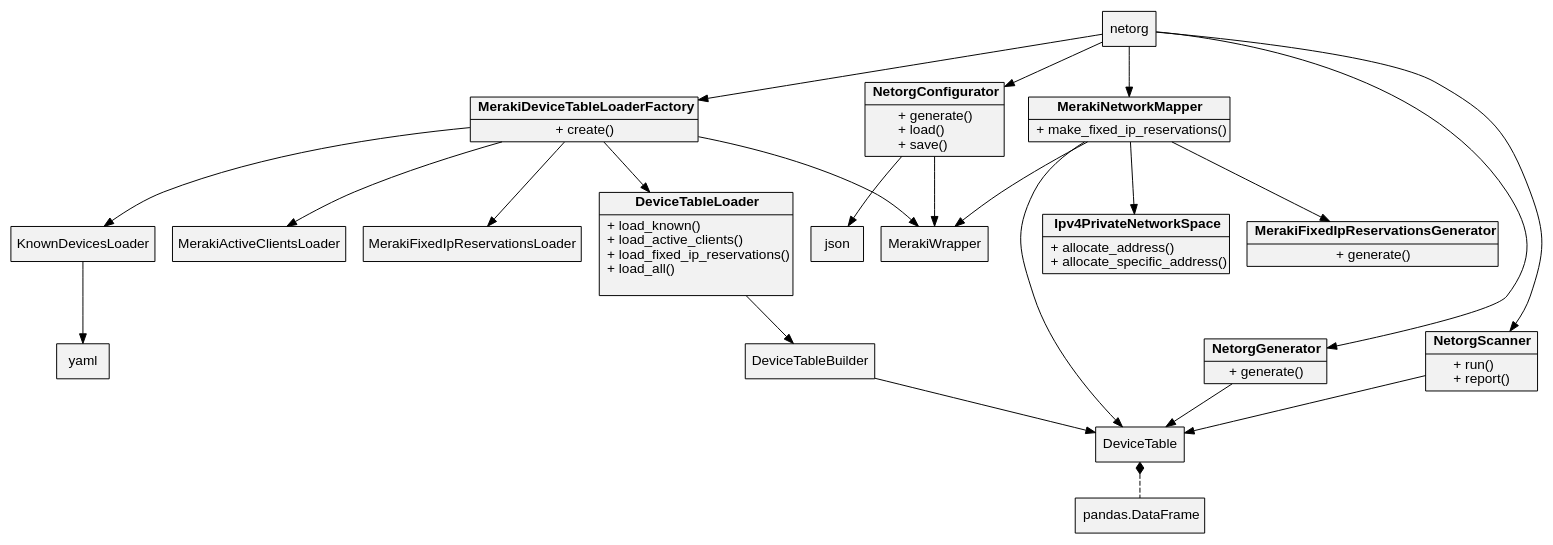
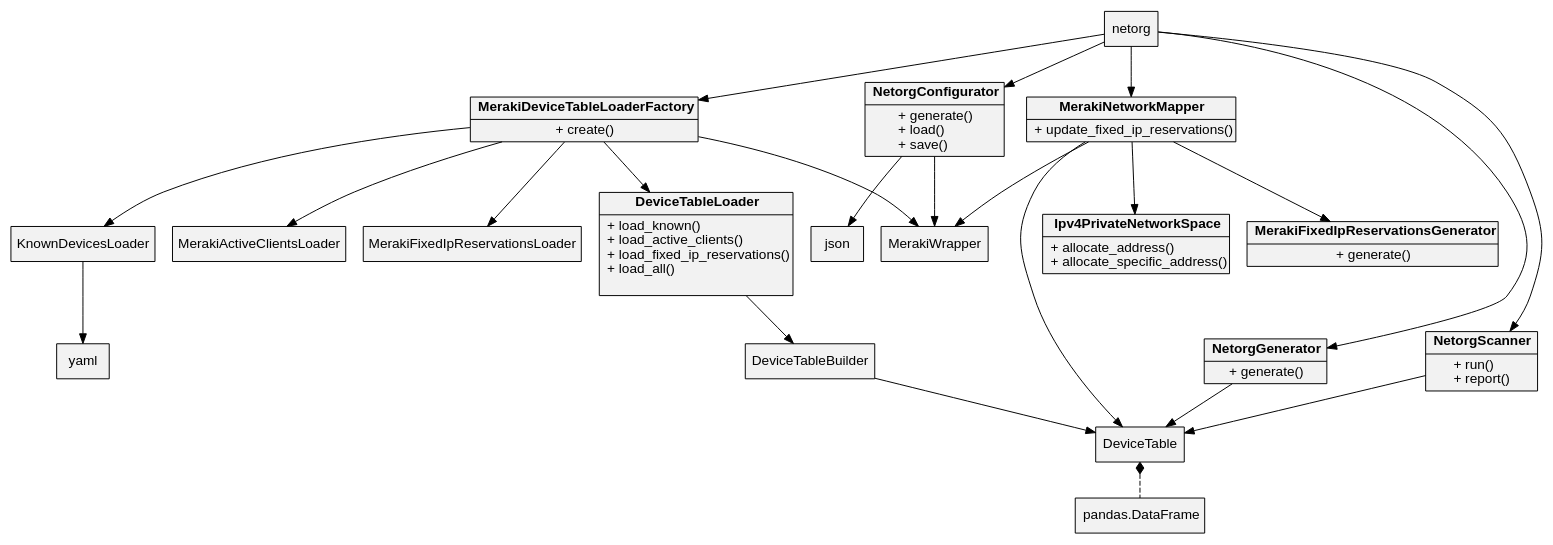
Before and after one commit to jasondchambers/netorganizer: the diagram in netorg.dot, drawn with Graphviz. The commit also changed 3 other files, not shown here.

Commit message:
lint netorgmeraki.py change make_fixed_ip_reservations to update_fixed_ip_reservations

```diff
--- a/netorg.dot
+++ b/netorg.dot
@@ -1,56 +1,56 @@
 digraph netorg_structure {
 
     node [
 		fontname="Helvetica,Arial,sans-serif"
 		shape=record
 		style=filled
 		fillcolor=gray95
 	]
     netorg -> { MerakiDeviceTableLoaderFactory NetorgConfigurator NetorgGenerator NetorgScanner MerakiNetworkMapper }
     MerakiDeviceTableLoaderFactory -> { DeviceTableLoader KnownDevicesLoader MerakiActiveClientsLoader MerakiFixedIpReservationsLoader MerakiWrapper}
     MerakiNetworkMapper -> { DeviceTable Ipv4PrivateNetworkSpace MerakiFixedIpReservationsGenerator MerakiWrapper }
     NetorgConfigurator -> { MerakiWrapper json }
     NetorgGenerator -> { DeviceTable }
     NetorgScanner -> { DeviceTable }
     KnownDevicesLoader -> { yaml }
     DeviceTableLoader -> { DeviceTableBuilder }
     DeviceTableBuilder -> { DeviceTable }
     edge [dir=back arrowtail=diamond style=dashed]
     DeviceTable -> { DataFrame }
 
     MerakiFixedIpReservationsGenerator [
         label = <{<b>MerakiFixedIpReservationsGenerator</b> | + generate()<br align="left"/>}>
     ]
 
     Ipv4PrivateNetworkSpace [
         label = <{<b>Ipv4PrivateNetworkSpace</b> | + allocate_address()<br align="left"/>+ allocate_specific_address()<br align="left"/>}>
     ]
 
     MerakiDeviceTableLoaderFactory [
         label = <{<b>MerakiDeviceTableLoaderFactory</b> | + create()<br align="left"/>}>
     ]
     
     NetorgConfigurator[
         label = <{<b>NetorgConfigurator</b> | + generate()<br align="left"/>+ load()<br align="left"/>+ save()<br align="left"/>}>
     ]
     
     NetorgGenerator[
         label = <{<b>NetorgGenerator</b> | + generate()<br align="left"/>}>
     ]
     
     NetorgScanner[
         label = <{<b>NetorgScanner</b> | + run()<br align="left"/>+ report()<br align="left"/>}>
     ]
     
     MerakiNetworkMapper[
-        label = <{<b>MerakiNetworkMapper</b> | + make_fixed_ip_reservations()<br align="left"/>}>
+        label = <{<b>MerakiNetworkMapper</b> | + update_fixed_ip_reservations()<br align="left"/>}>
     ]
 
     DeviceTableLoader[
         label = <{<b>DeviceTableLoader</b> | + load_known()<br align="left"/>+ load_active_clients()<br align="left"/>+ load_fixed_ip_reservations()<br align="left"/>+ load_all()<br align="left"/>        }>
     ]
     
     DataFrame [
         label = <{pandas.DataFrame}>
     ]
 }
```
